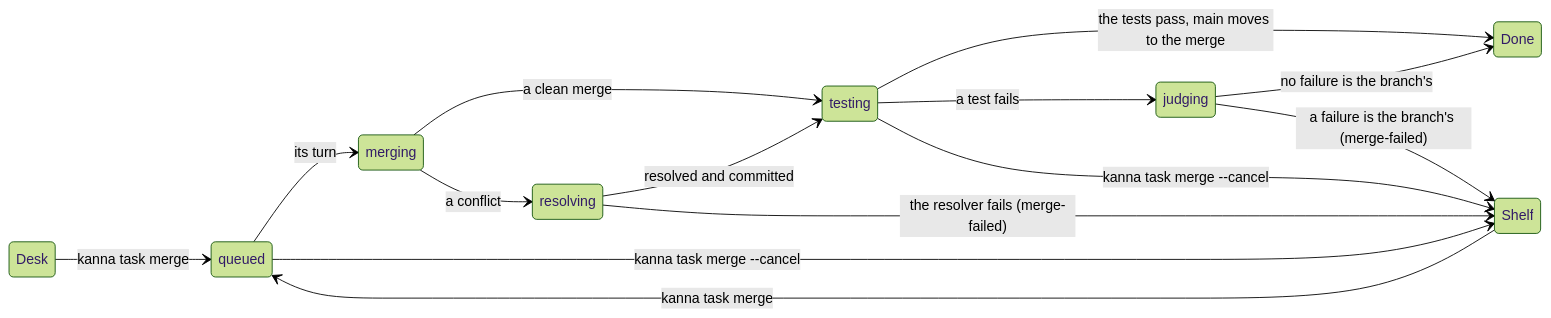
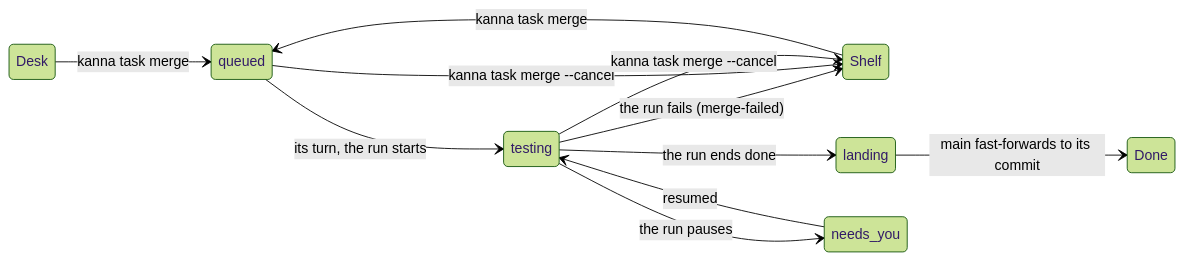
One commit to tampopogk/kanna changed the first of 4 diagrams in docs/specs/merge-queue.md. Above: the diagram before and after it, drawn with Mermaid (forest theme). The commit also changed other lines of this file and 6 other files, not shown here.

Commit message:
Merge queue specs: the queue's spec keeps its process and the pipeline interface; the default pipeline and this repo's merge.test setup get specs of their own

````diff
--- a/docs/specs/merge-queue.md
+++ b/docs/specs/merge-queue.md
@@ -31,17 +31,14 @@
 ```mermaid
 stateDiagram-v2
     direction LR
     Desk --> queued: kanna task merge
     Shelf --> queued: kanna task merge
-    queued --> merging: its turn
-    merging --> testing: a clean merge
-    merging --> resolving: a conflict
-    resolving --> testing: resolved and committed
-    resolving --> Shelf: the resolver fails (merge-failed)
-    testing --> Done: the tests pass, main moves to the merge
-    testing --> judging: a test fails
-    judging --> Done: no failure is the branch's
-    judging --> Shelf: a failure is the branch's (merge-failed)
+    queued --> testing: its turn, the run starts
+    testing --> landing: the run ends done
+    landing --> Done: main fast-forwards to its commit
+    testing --> Shelf: the run fails (merge-failed)
+    testing --> needs_you: the run pauses
+    needs_you --> testing: resumed
     queued --> Shelf: kanna task merge --cancel
     testing --> Shelf: kanna task merge --cancel
 ```
````
